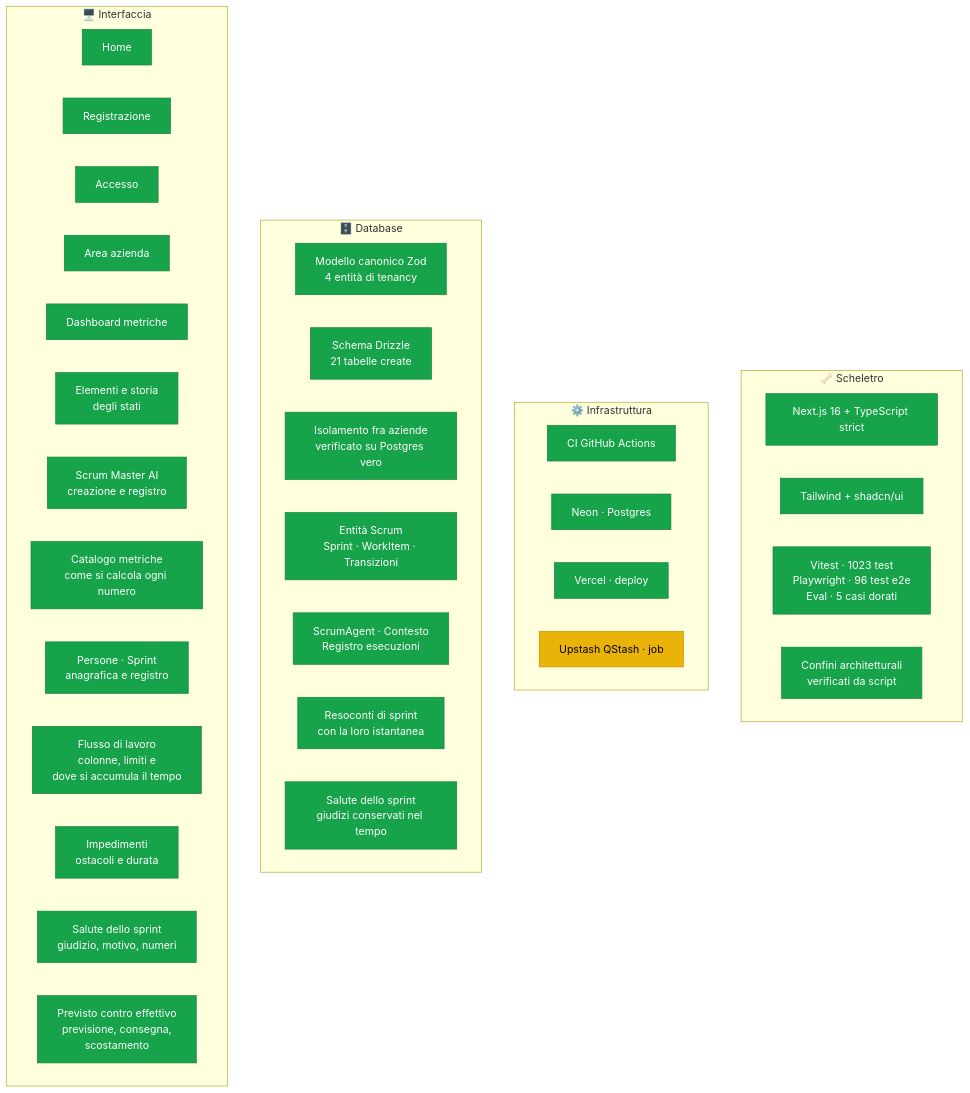
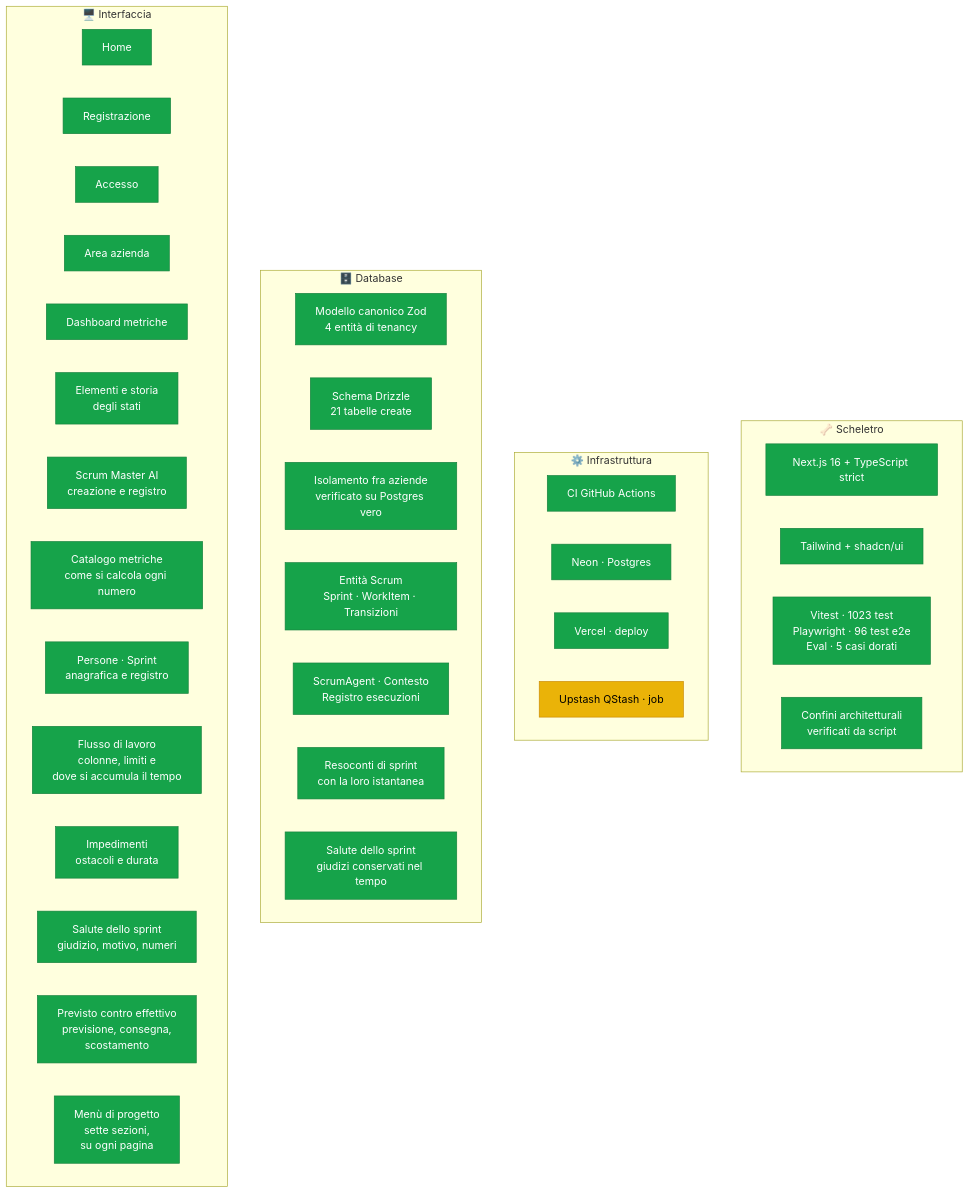
Before and after one commit to dibari62/scrum-master-ai: the first of 3 diagrams in docs/stato-progetto.md, drawn with Mermaid. The commit also changed other lines of this file and 19 other files, not shown here.

````diff
--- a/docs/stato-progetto.md
+++ b/docs/stato-progetto.md
@@ -16,52 +16,53 @@
 ```mermaid
 graph TB
     subgraph SCH["🦴 Scheletro"]
         S1["Next.js 16 + TypeScript strict"]
         S2["Tailwind + shadcn/ui"]
         S3["Vitest · 1023 test<br/>Playwright · 96 test e2e<br/>Eval · 5 casi dorati"]
         S4["Confini architetturali<br/>verificati da script"]
     end
 
     subgraph INF["⚙️ Infrastruttura"]
         I1["CI GitHub Actions"]
         I2["Neon · Postgres"]
         I3["Vercel · deploy"]
         I4["Upstash QStash · job"]
     end
 
     subgraph DB["🗄️ Database"]
         D1["Modello canonico Zod<br/>4 entità di tenancy"]
         D2["Schema Drizzle<br/>21 tabelle create"]
         D3["Isolamento fra aziende<br/>verificato su Postgres vero"]
         D4["Entità Scrum<br/>Sprint · WorkItem · Transizioni"]
         D5["ScrumAgent · Contesto<br/>Registro esecuzioni"]
         D6["Resoconti di sprint<br/>con la loro istantanea"]
         D7["Salute dello sprint<br/>giudizi conservati nel tempo"]
     end
 
     subgraph UI["🖥️ Interfaccia"]
         U1["Home"]
         U2["Registrazione"]
         U3["Accesso"]
         U4["Area azienda"]
         U5["Dashboard metriche"]
         U7["Elementi e storia<br/>degli stati"]
         U6["Scrum Master AI<br/>creazione e registro"]
         U8["Catalogo metriche<br/>come si calcola ogni numero"]
         U9["Persone · Sprint<br/>anagrafica e registro"]
         U10["Flusso di lavoro<br/>colonne, limiti e<br/>dove si accumula il tempo"]
         U11["Impedimenti<br/>ostacoli e durata"]
         U12["Salute dello sprint<br/>giudizio, motivo, numeri"]
         U13["Previsto contro effettivo<br/>previsione, consegna,<br/>scostamento"]
+        U14["Menù di progetto<br/>sette sezioni,<br/>su ogni pagina"]
     end
 
     classDef fatto fill:#16a34a,stroke:#15803d,color:#fff
     classDef corso fill:#eab308,stroke:#ca8a04,color:#000
     classDef todo fill:#e5e7eb,stroke:#9ca3af,color:#6b7280
 
     class S1,S2,S3,S4 fatto
     class I1,I2,I3 fatto
     class I4 corso
     class D1,D2,D3,D4,D5,D6,D7 fatto
-    class U1,U2,U3,U4,U5,U6,U7,U8,U9,U10,U11,U12,U13 fatto
+    class U1,U2,U3,U4,U5,U6,U7,U8,U9,U10,U11,U12,U13,U14 fatto
 ```
````
